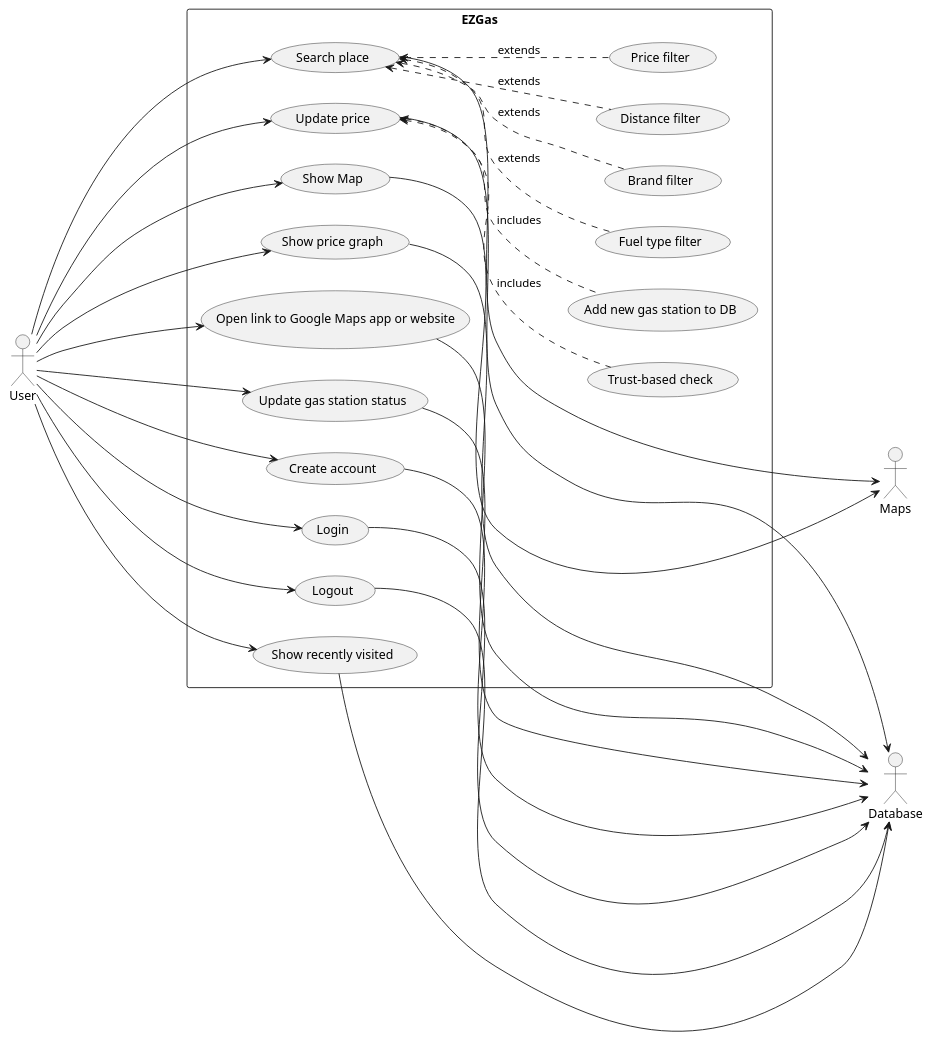
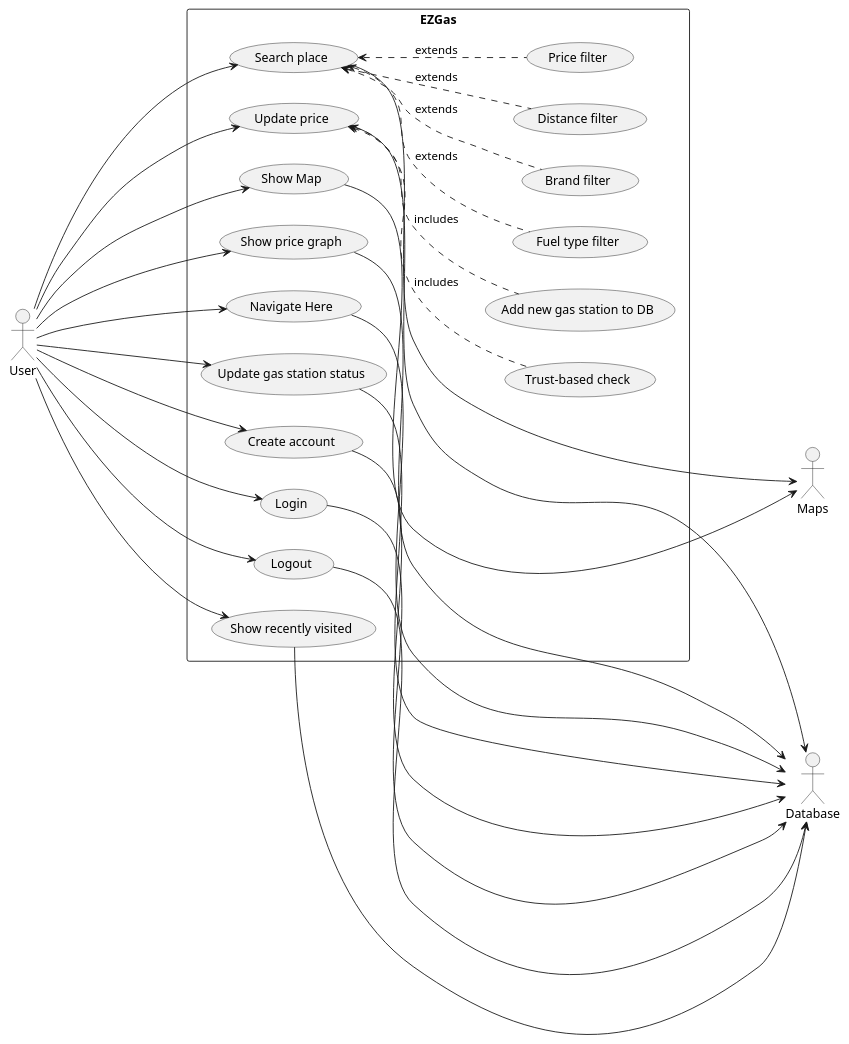
One commit to e-caste/SoftEng-EZGas changed the second of 4 diagrams in docs/RequirementsDocument.md. Above: the diagram before and after it, drawn with PlantUML.

Commit message:
change FR6 alias in use case diagram

````diff
--- a/docs/RequirementsDocument.md
+++ b/docs/RequirementsDocument.md
@@ -110,56 +110,56 @@
 ```plantuml
 @startuml
 
 left to right direction
 actor User as U
 actor Database as DB
 actor Maps as M
 rectangle EZGas {
     usecase "Show Map" as FR1
     usecase "Search place" as FR2
     usecase "Distance filter" as FR2.1
     usecase "Price filter" as FR2.2
     usecase "Fuel type filter" as FR2.3
     usecase "Brand filter" as FR2.4
     usecase "Show recently visited" as FR3
     usecase "Update price" as FR4
     usecase "Trust-based check" as FR4.1
     usecase "Add new gas station to DB" as FR4.2
     usecase "Show price graph" as FR5
-    usecase "Open link to Google Maps app or website" as FR6
+    usecase "Navigate Here" as FR6
     usecase "Update gas station status" as FR7
     usecase "Create account" as FR8
     usecase "Login" as FR8.1
     usecase "Logout" as FR8.2
 }
 
 U ----> FR1
 U --> FR2
 U --> FR3
 U --> FR4
 U --> FR5
 U --> FR6
 U --> FR7
 U --> FR8
 U --> FR8.1
 U --> FR8.2
 
 FR1 ---> M
 FR2 ----> M
 FR2 <-. FR2.1 : extends
 FR2 <-. FR2.2 : extends
 FR2 <-. FR2.3 : extends
 FR2 <-. FR2.4 : extends
 FR3 ---> DB
 FR4 ---> DB
 FR4 <-. FR4.1  : includes
 FR4 <-. FR4.2 : includes
 FR5 ----> DB
 FR6 ---> DB
 FR7 ---> DB
 FR8 ---> DB
 FR8.1 ---> DB
 FR8.2 ---> DB
 
 @enduml
 ```
````
